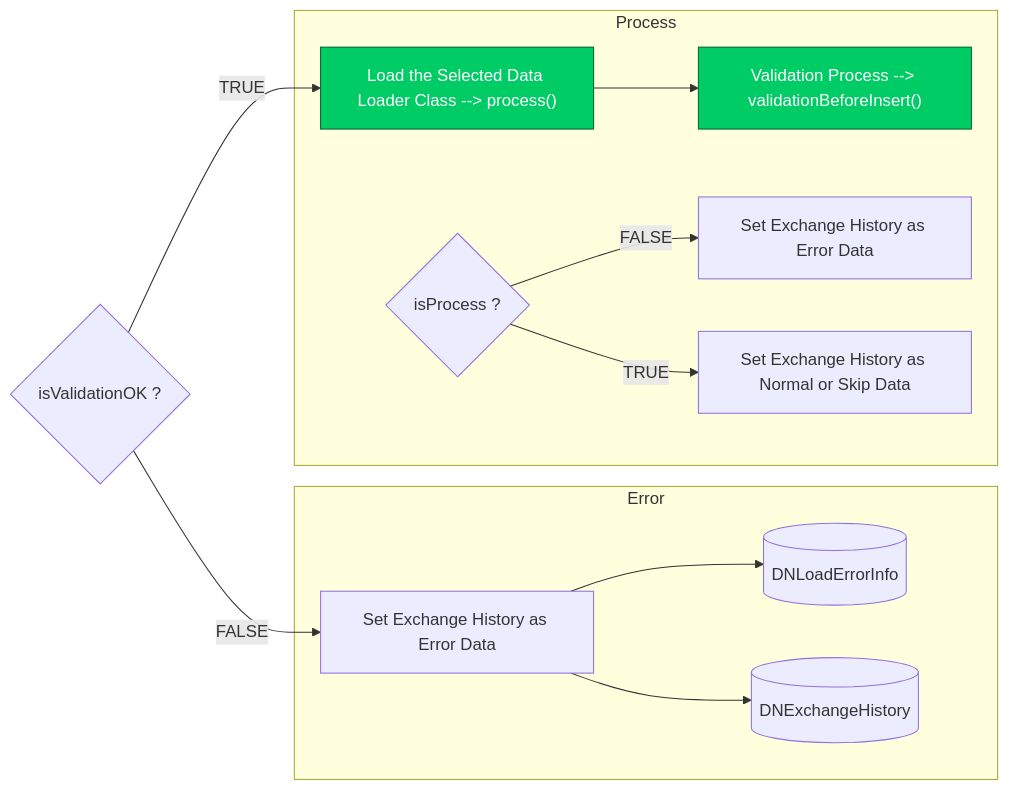
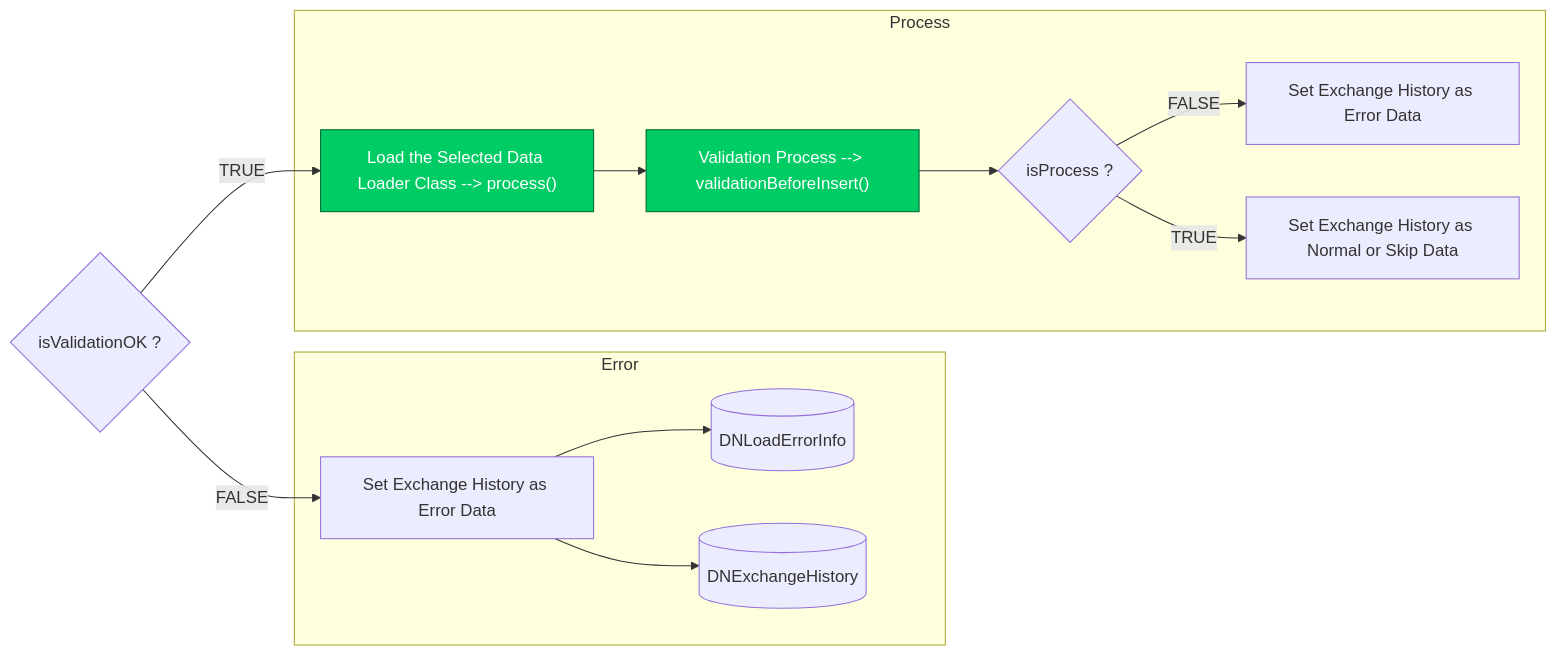
Before and after one commit to luthfiadityaa/SimeDarby-Wiki: the ninth of 9 diagrams in Basic-Design/Host-Interfaces.md, drawn with Mermaid.

Commit message:
Updated Host Interfaces

```diff
--- a/Basic-Design/Host-Interfaces.md
+++ b/Basic-Design/Host-Interfaces.md
@@ -712,30 +712,30 @@
 ::: mermaid
 flowchart LR
 Cond1{"isValidationOK ?"}
 Cond1 --> |TRUE| B2
 Cond1 --> |FALSE| C2
 
 subgraph Error
  C2 --> C3 
  C2 --> C4
  C4[(DNExchangeHistory)]
  C3[(DNLoadErrorInfo)]
  C2["Set Exchange History as Error Data"] 
 end
 
 subgraph Process
- B2 --> B3 
+ B2 --> B3 --> Cond2
  Cond2{"isProcess ?"}
  B2["Load the Selected Data Loader Class --> process()"]
  B3["Validation Process --> validationBeforeInsert()"]
  B4["Set Exchange History as Error Data"]
  B5["Set Exchange History as Normal or Skip Data"]
  Cond2 --> |FALSE| B4
  Cond2 --> |TRUE| B5
 end 
 
 click B2 "https://dev.azure.com/Daifuku-SW/ID_SimeDarbyPlantation/_wiki/wikis/ID_SimeDarbyPlantation.wiki/833/Host-Interfaces?anchor=stage-3"
 click B3 "https://dev.azure.com/Daifuku-SW/ID_SimeDarbyPlantation/_wiki/wikis/ID_SimeDarbyPlantation.wiki/833/Host-Interfaces?anchor=stage-4"
 style B2 fill:#00cc66,stroke:#006633,color:#ffffff
 style B3 fill:#00cc66,stroke:#006633,color:#ffffff
 :::
```
